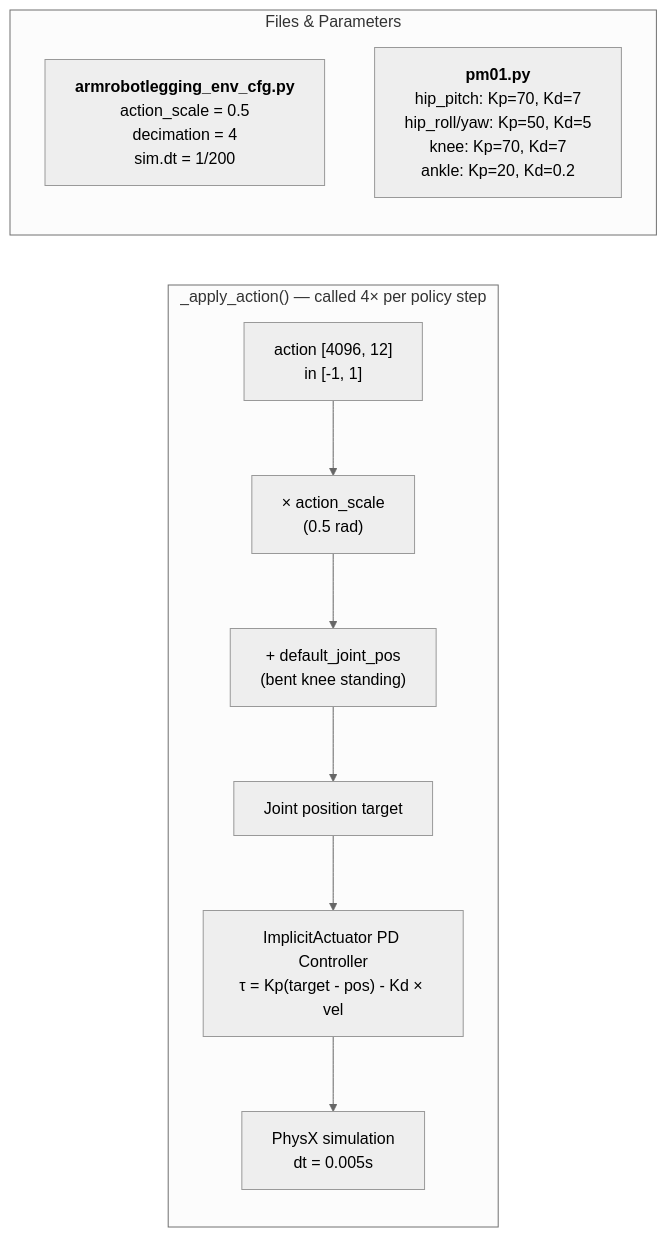
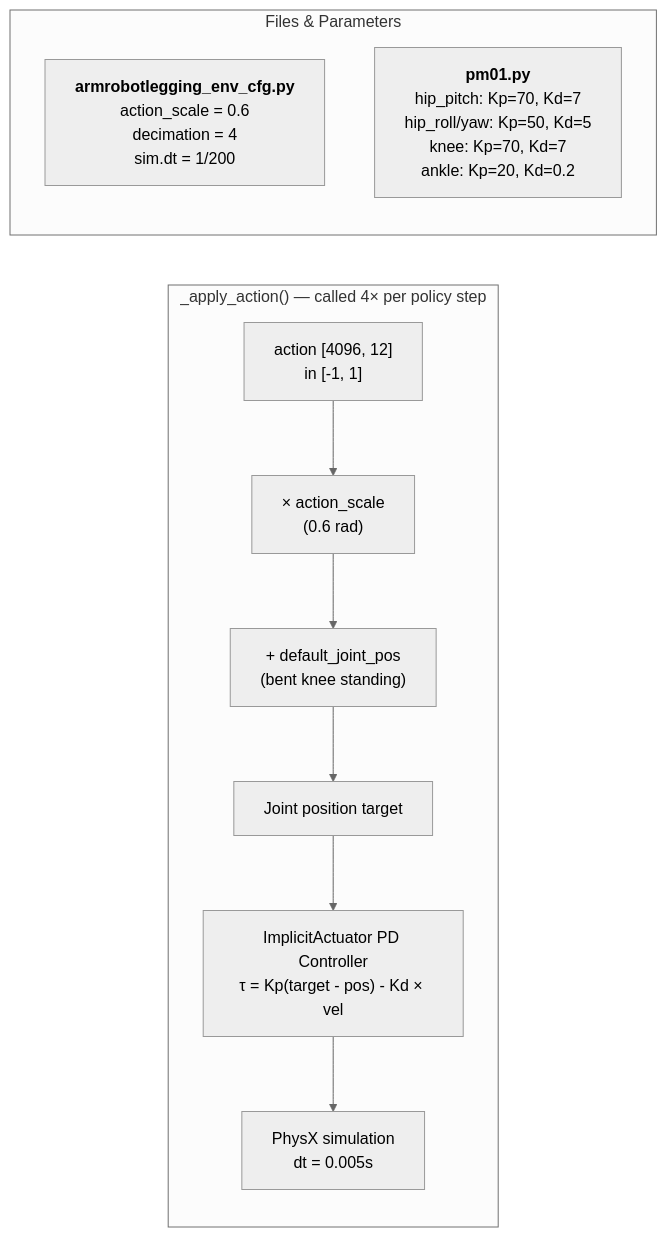
The third of 8 diagrams in docs/TRAINING_FLOW.md (armmarov/armrobot), drawn with Mermaid (neutral theme) before and after one commit. The commit also changed other lines of this file and 14 other files, not shown here.

````diff
--- a/docs/TRAINING_FLOW.md
+++ b/docs/TRAINING_FLOW.md
@@ -74,17 +74,17 @@
 ```mermaid
 flowchart LR
     subgraph APPLY["_apply_action() — called 4× per policy step"]
         ACTION["action [4096, 12]<br/>in [-1, 1]"]
-        SCALE["× action_scale<br/>(0.5 rad)"]
+        SCALE["× action_scale<br/>(0.6 rad)"]
         DEFAULT["+ default_joint_pos<br/>(bent knee standing)"]
         TARGET["Joint position target"]
         PD["ImplicitActuator PD Controller<br/>τ = Kp(target - pos) - Kd × vel"]
         PHYSICS["PhysX simulation<br/>dt = 0.005s"]
         ACTION --> SCALE --> DEFAULT --> TARGET --> PD --> PHYSICS
     end
 
     subgraph FILES2["Files & Parameters"]
-        F2a["<b>armrobotlegging_env_cfg.py</b><br/>action_scale = 0.5<br/>decimation = 4<br/>sim.dt = 1/200"]
+        F2a["<b>armrobotlegging_env_cfg.py</b><br/>action_scale = 0.6<br/>decimation = 4<br/>sim.dt = 1/200"]
         F2b["<b>pm01.py</b><br/>hip_pitch: Kp=70, Kd=7<br/>hip_roll/yaw: Kp=50, Kd=5<br/>knee: Kp=70, Kd=7<br/>ankle: Kp=20, Kd=0.2"]
     end
 ```
````
